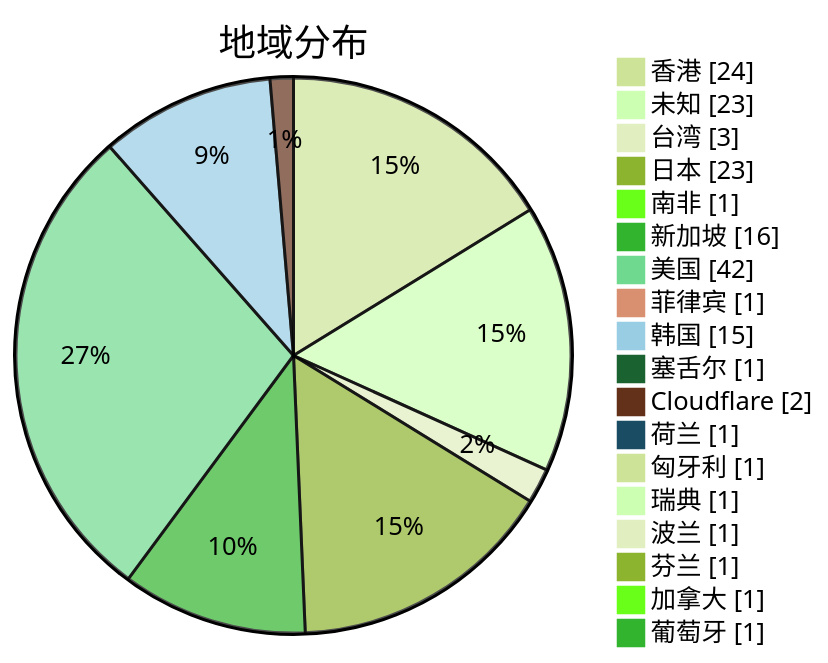
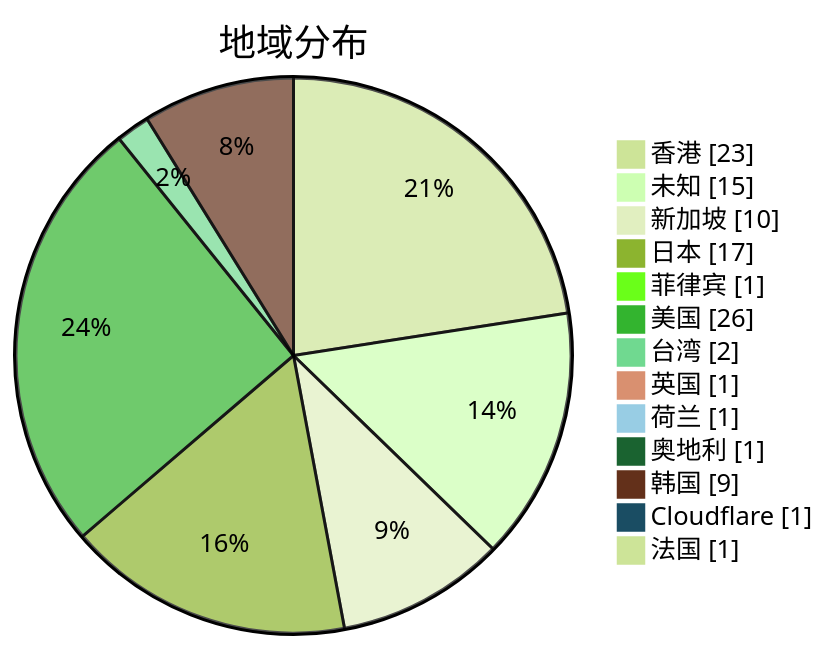
One commit to qjlxg/airport changed the second of 3 diagrams in subs/statistics/tested_within.md. Above: the diagram before and after it, drawn with Mermaid (forest theme). The commit also changed other lines of this file and 2 other files, not shown here.

Commit message:
Tested by metaST

````diff
--- a/subs/statistics/tested_within.md
+++ b/subs/statistics/tested_within.md
@@ -11,22 +11,17 @@
 ```mermaid
 pie showData
 title 地域分布
-"香港" : 24
-"未知" : 23
-"台湾" : 3
-"日本" : 23
-"南非" : 1
-"新加坡" : 16
-"美国" : 42
+"香港" : 23
+"未知" : 15
+"新加坡" : 10
+"日本" : 17
 "菲律宾" : 1
-"韩国" : 15
-"塞舌尔" : 1
-"Cloudflare" : 2
+"美国" : 26
+"台湾" : 2
+"英国" : 1
 "荷兰" : 1
-"匈牙利" : 1
-"瑞典" : 1
-"波兰" : 1
-"芬兰" : 1
-"加拿大" : 1
-"葡萄牙" : 1
+"奥地利" : 1
+"韩国" : 9
+"Cloudflare" : 1
+"法国" : 1
 ```
````
